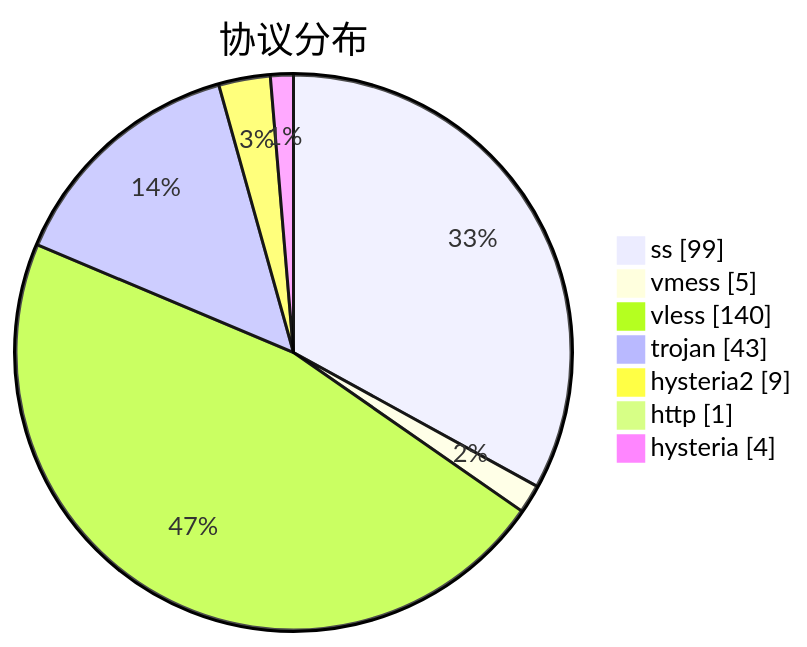
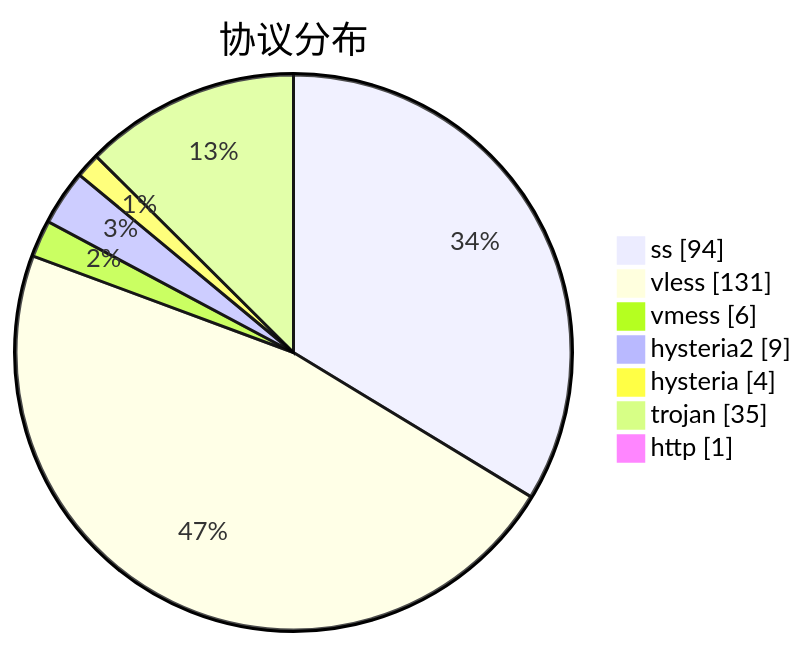
Before and after one commit to sinspired/airport: the third of 3 diagrams in subs/statistics/tested_within.md, drawn with Mermaid. The commit also changed other lines of this file and 2 other files, not shown here.

````diff
--- a/subs/statistics/tested_within.md
+++ b/subs/statistics/tested_within.md
@@ -49,11 +49,11 @@
 ```mermaid
 pie showData
 title 协议分布
-"ss" : 99
-"vmess" : 5
-"vless" : 140
-"trojan" : 43
+"ss" : 94
+"vless" : 131
+"vmess" : 6
 "hysteria2" : 9
+"hysteria" : 4
+"trojan" : 35
 "http" : 1
-"hysteria" : 4
 ```
````
